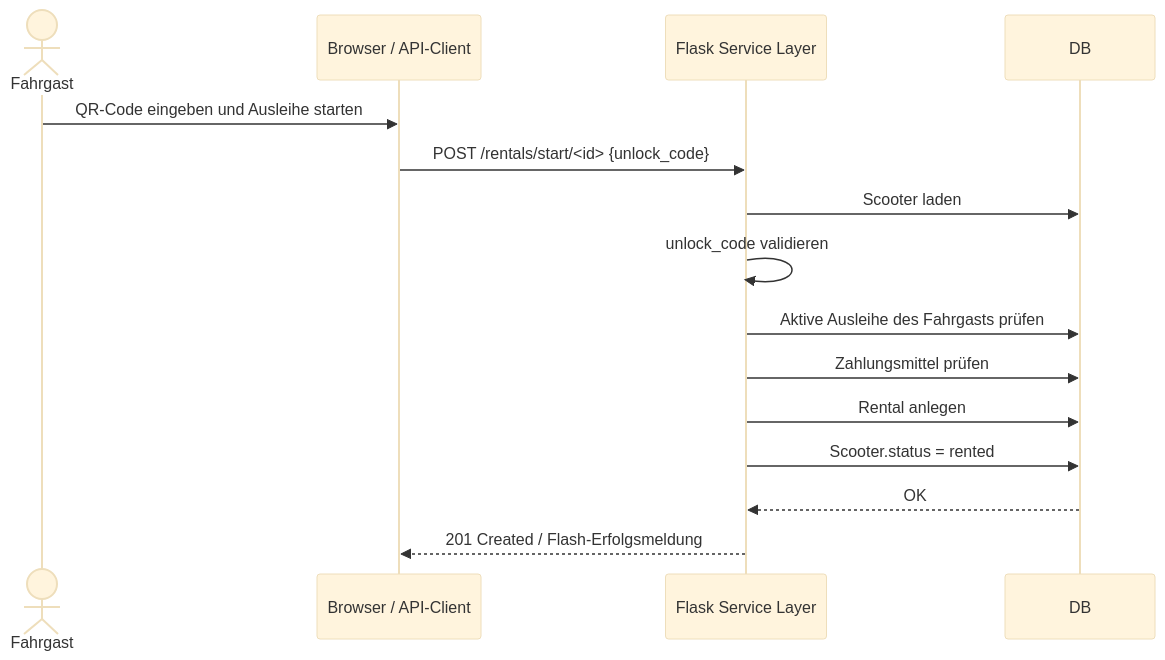
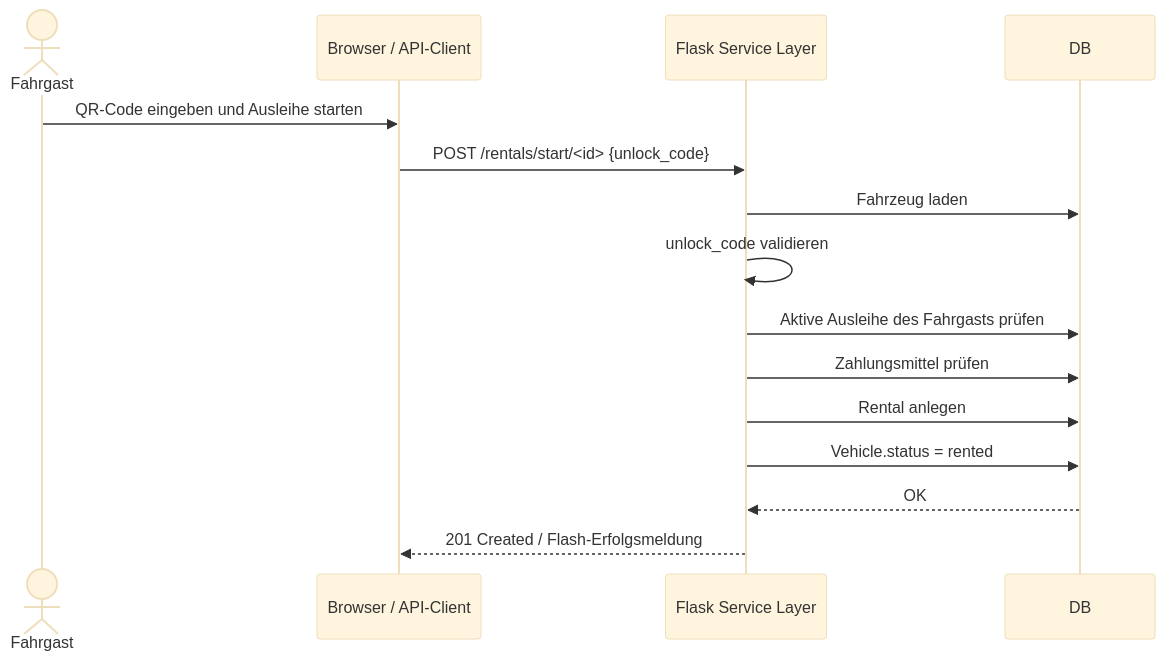
One commit to mogomes/e-mobility changed the third of 5 diagrams in docs/05_systemarchitektur.md. Above: the diagram before and after it, drawn with Mermaid (base theme). The commit also changed other lines of this file and 23 other files, not shown here.

Commit message:
refactor: scooter to vehicle

````diff
--- a/docs/05_systemarchitektur.md
+++ b/docs/05_systemarchitektur.md
@@ -123,18 +123,18 @@
 ```mermaid
 sequenceDiagram
     actor Fahrgast
     participant Client as Browser / API-Client
     participant Flask as Flask Service Layer
     participant DB
 
     Fahrgast->>Client: QR-Code eingeben und Ausleihe starten
     Client->>Flask: POST /rentals/start/<id>  {unlock_code}
-    Flask->>DB: Scooter laden
+    Flask->>DB: Fahrzeug laden
     Flask->>Flask: unlock_code validieren
     Flask->>DB: Aktive Ausleihe des Fahrgasts prüfen
     Flask->>DB: Zahlungsmittel prüfen
     Flask->>DB: Rental anlegen
-    Flask->>DB: Scooter.status = rented
+    Flask->>DB: Vehicle.status = rented
     DB-->>Flask: OK
     Flask-->>Client: 201 Created / Flash-Erfolgsmeldung
 ```
````
